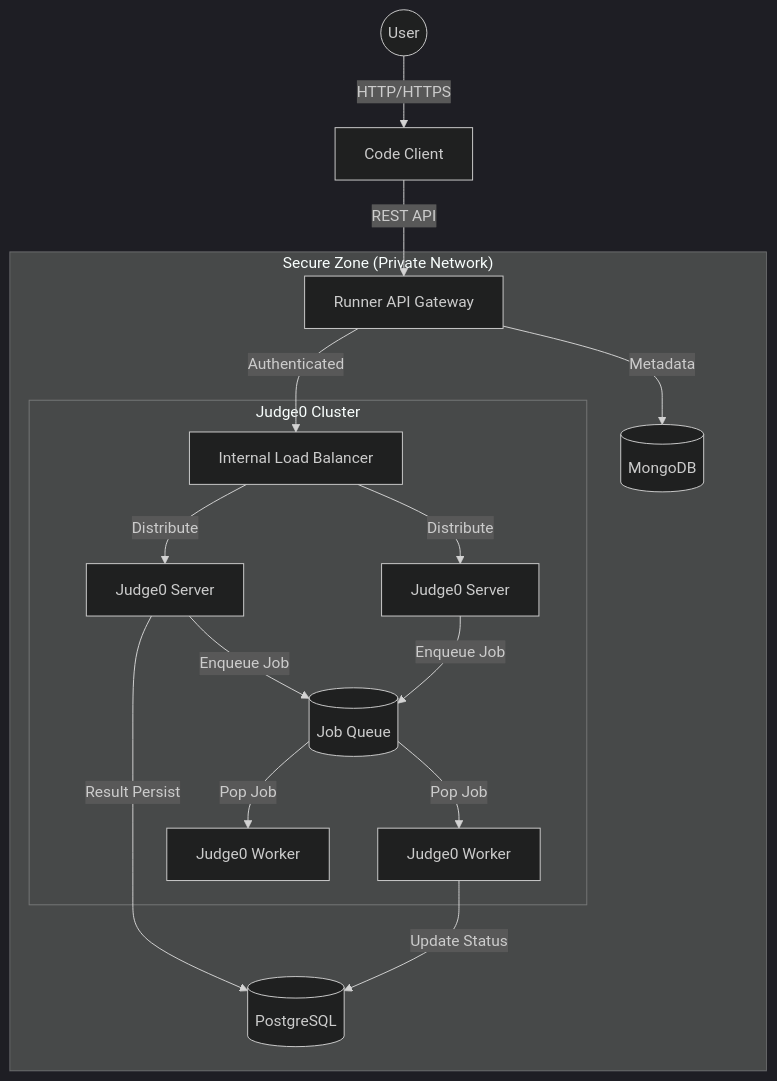
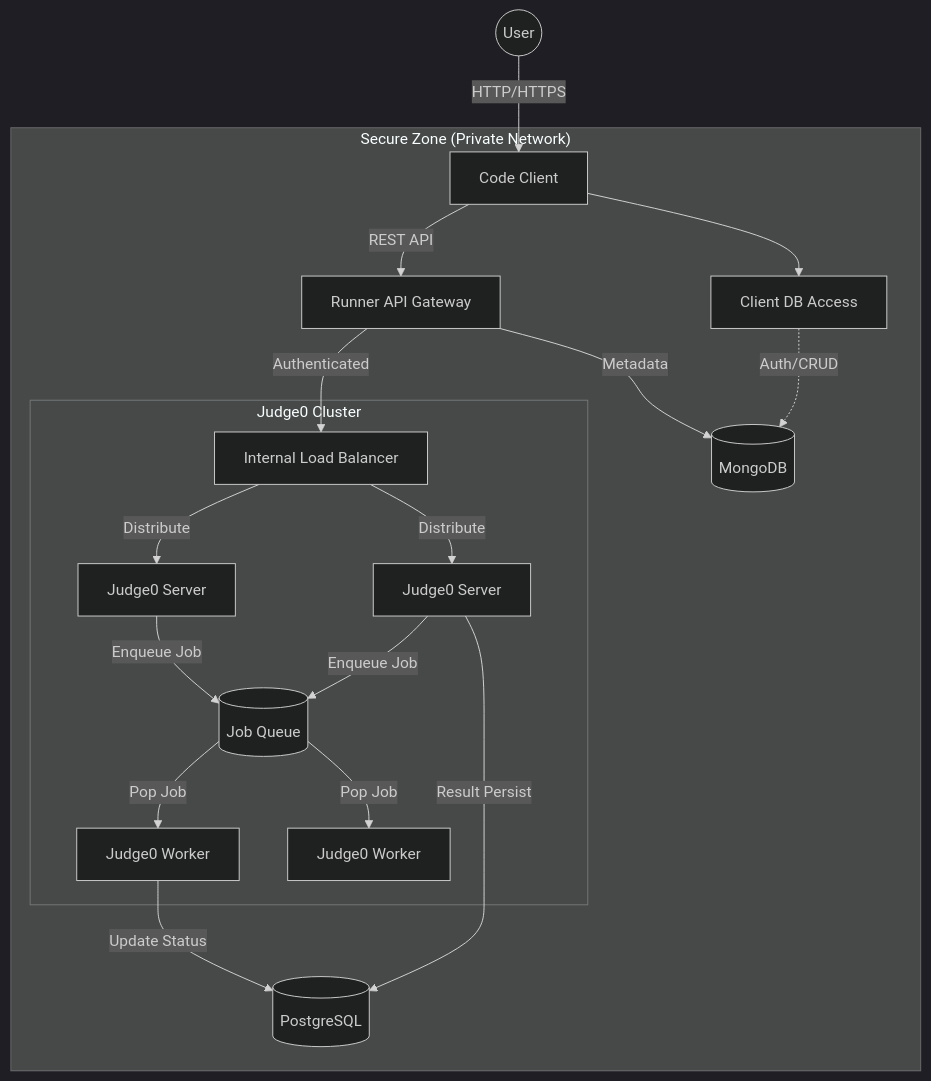
The diagram in README.md (HamzaHassanain/distributed-code-runner-), drawn with Mermaid (dark theme) before and after one commit. The commit also changed other lines of this file, not shown here.

````diff
--- a/README.md
+++ b/README.md
@@ -9,24 +9,26 @@
 ```mermaid
 graph TD
     User((User)) -->|HTTP/HTTPS| Client[Code Client]
     Client -->|REST API| Gateway[Runner API Gateway]
     
     subgraph "Secure Zone (Private Network)"
         Gateway -->|Authenticated| LB[Internal Load Balancer]
+        client_db_conn[Client DB Access] -.->|Auth/CRUD| Mongo[(MongoDB)]
+        Client --> client_db_conn
         
         subgraph "Judge0 Cluster"
             LB -->|Distribute| Server1[Judge0 Server]
             LB -->|Distribute| Server2[Judge0 Server]
             
             Server1 -->|Enqueue Job| Redis[(Job Queue)]
             Server2 -->|Enqueue Job| Redis
             
             Redis -->|Pop Job| Worker1[Judge0 Worker]
             Redis -->|Pop Job| Worker2[Judge0 Worker]
         end
         
-        Gateway -->|Metadata| Mongo[(MongoDB)]
+        Gateway -->|Metadata| Mongo
         Server1 -->|Result Persist| PG[(PostgreSQL)]
         Worker1 -->|Update Status| PG
     end
 ```
````
